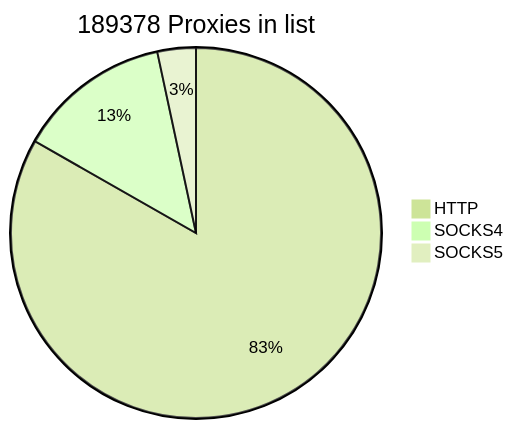
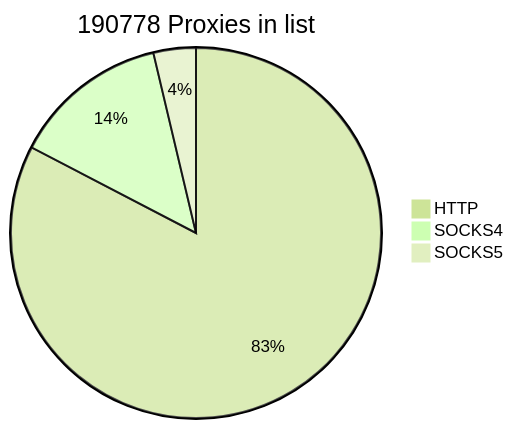
Before and after one commit to cutipu/proxylist: the first of 2 diagrams in README.md, drawn with Mermaid (forest theme). The commit also changed other lines of this file, not shown here.

````diff
--- a/README.md
+++ b/README.md
@@ -2,7 +2,7 @@
 ```mermaid
-pie title 189378 Proxies in list
-    "HTTP" : 157636
-    "SOCKS4" : 25389
-    "SOCKS5" : 6353
+pie title 190778 Proxies in list
+    "HTTP" : 157659
+    "SOCKS4" : 26059
+    "SOCKS5" : 7060
             
 ```
````
